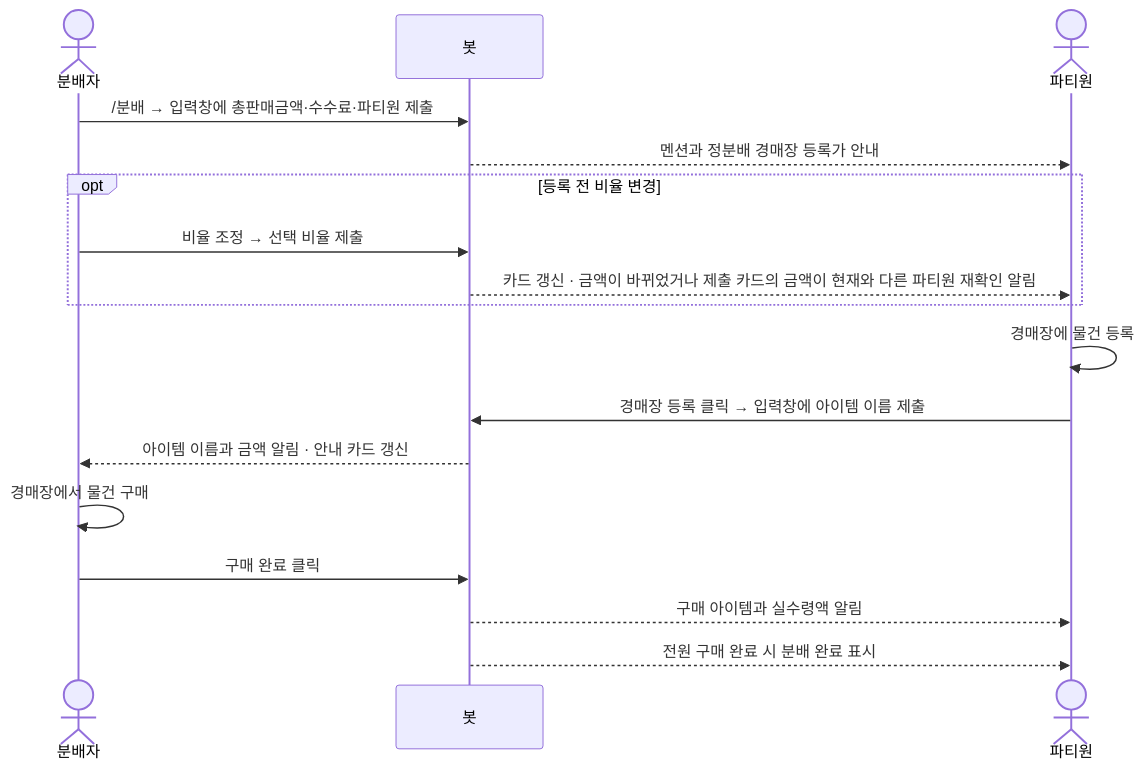
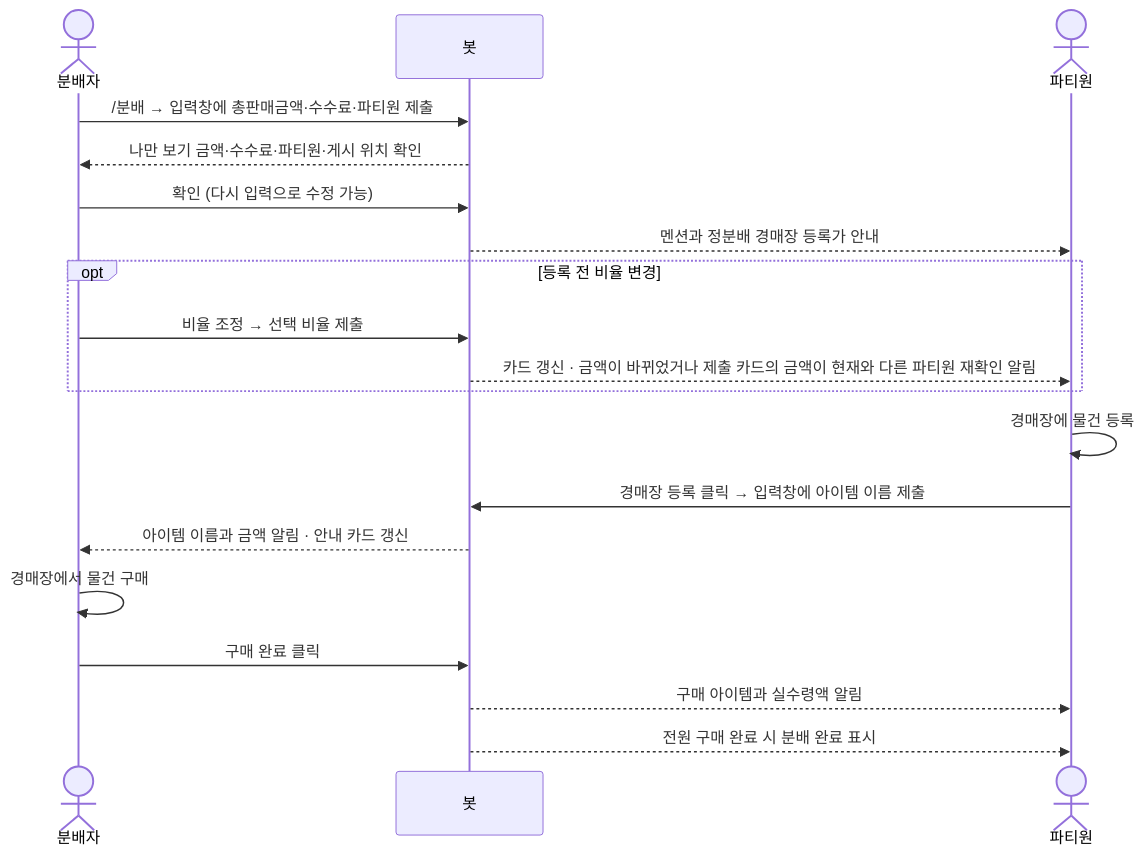
The diagram in README.md (JinDevLab/ricemonkey-bot), drawn with Mermaid before and after one commit. The commit also changed other lines of this file and 10 other files, not shown here.

````diff
--- a/README.md
+++ b/README.md
@@ -74,19 +76,21 @@
 ```mermaid
 sequenceDiagram
     actor Distributor as 분배자
     participant Bot as 봇
     actor Member as 파티원
     Distributor->>Bot: /분배 → 입력창에 총판매금액·수수료·파티원 제출
+    Bot-->>Distributor: 나만 보기 금액·수수료·파티원·게시 위치 확인
+    Distributor->>Bot: 확인 (다시 입력으로 수정 가능)
     Bot-->>Member: 멘션과 정분배 경매장 등록가 안내
     opt 등록 전 비율 변경
         Distributor->>Bot: 비율 조정 → 선택 비율 제출
         Bot-->>Member: 카드 갱신 · 금액이 바뀌었거나 제출 카드의 금액이 현재와 다른 파티원 재확인 알림
     end
     Member->>Member: 경매장에 물건 등록
     Member->>Bot: 경매장 등록 클릭 → 입력창에 아이템 이름 제출
     Bot-->>Distributor: 아이템 이름과 금액 알림 · 안내 카드 갱신
     Distributor->>Distributor: 경매장에서 물건 구매
     Distributor->>Bot: 구매 완료 클릭
     Bot-->>Member: 구매 아이템과 실수령액 알림
     Bot-->>Member: 전원 구매 완료 시 분배 완료 표시
 ```
````
